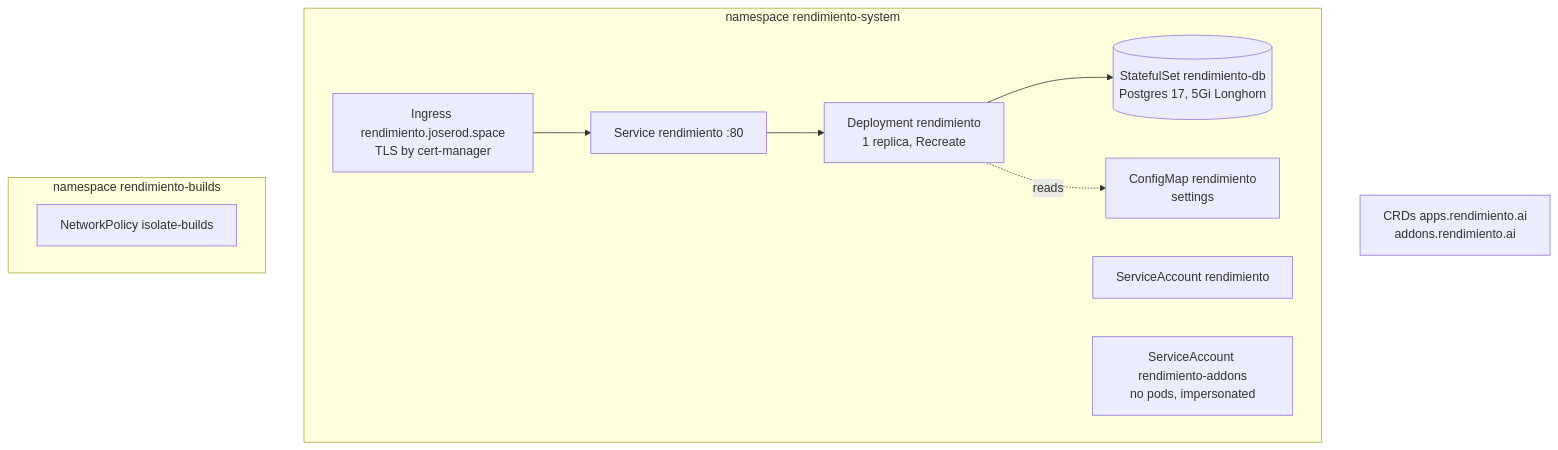
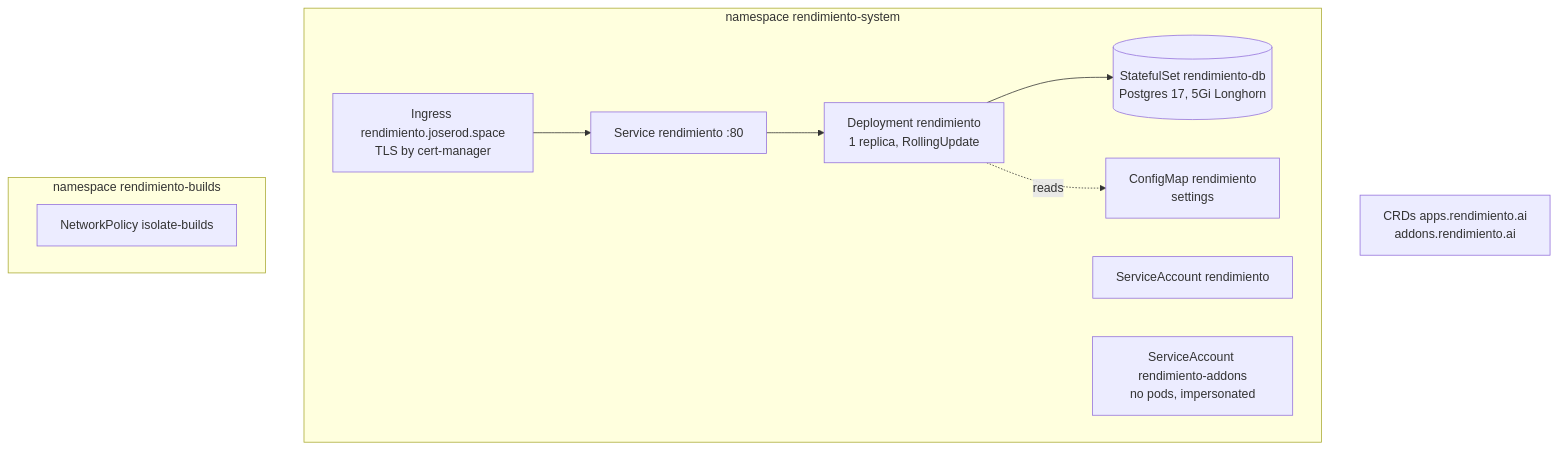
Before and after one commit to p0dxD/rendimiento.ai: the first of 2 diagrams in docs/content/environment/deploy.md, drawn with Mermaid. The commit also changed other lines of this file and 22 other files, not shown here.

````diff
--- a/docs/content/environment/deploy.md
+++ b/docs/content/environment/deploy.md
@@ -37,18 +37,18 @@
 ```mermaid
 flowchart TB
     subgraph rs[namespace rendimiento-system]
-        dep[Deployment rendimiento<br/>1 replica, Recreate]
+        dep[Deployment rendimiento<br/>1 replica, RollingUpdate]
         svc[Service rendimiento :80]
         ing[Ingress rendimiento.joserod.space<br/>TLS by cert-manager]
         db[(StatefulSet rendimiento-db<br/>Postgres 17, 5Gi Longhorn)]
         cm[ConfigMap rendimiento<br/>settings]
         sa[ServiceAccount rendimiento]
         sa2[ServiceAccount rendimiento-addons<br/>no pods, impersonated]
     end
     subgraph rb[namespace rendimiento-builds]
         np[NetworkPolicy isolate-builds]
     end
     crds[CRDs apps.rendimiento.ai<br/>addons.rendimiento.ai]
     ing --> svc --> dep --> db
     dep -. reads .-> cm
 ```
````
